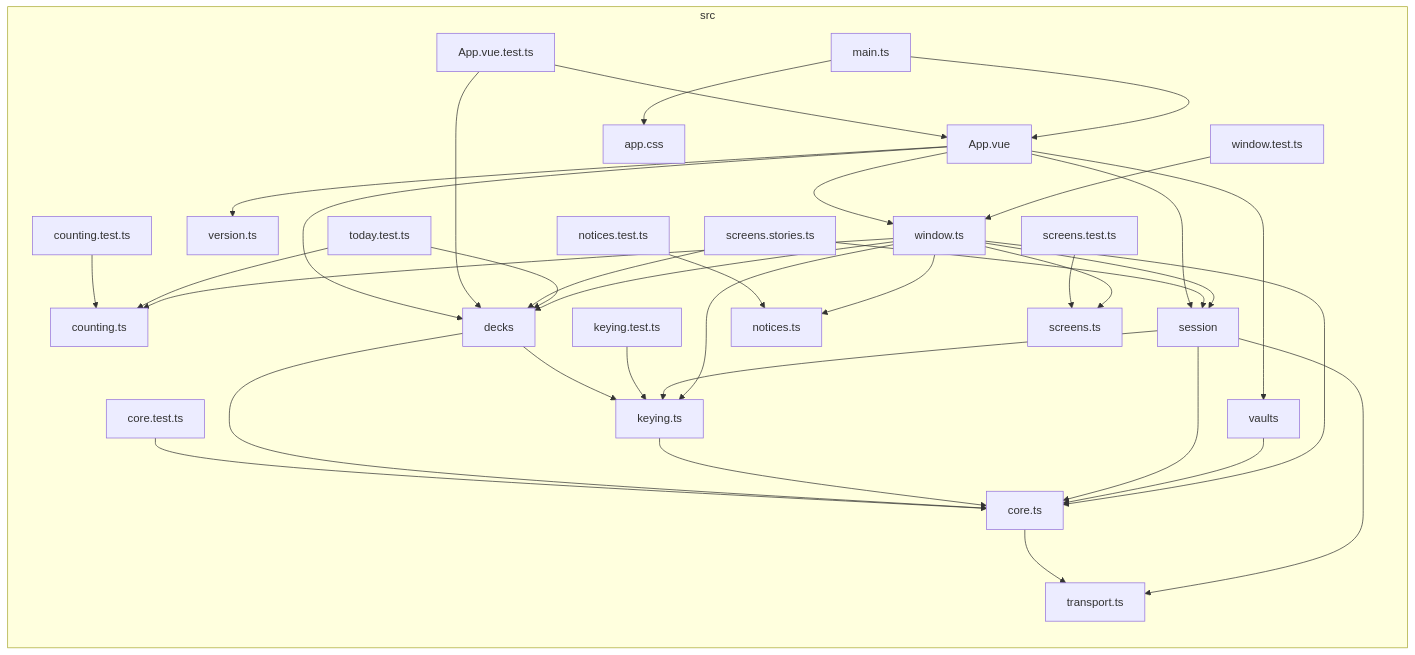
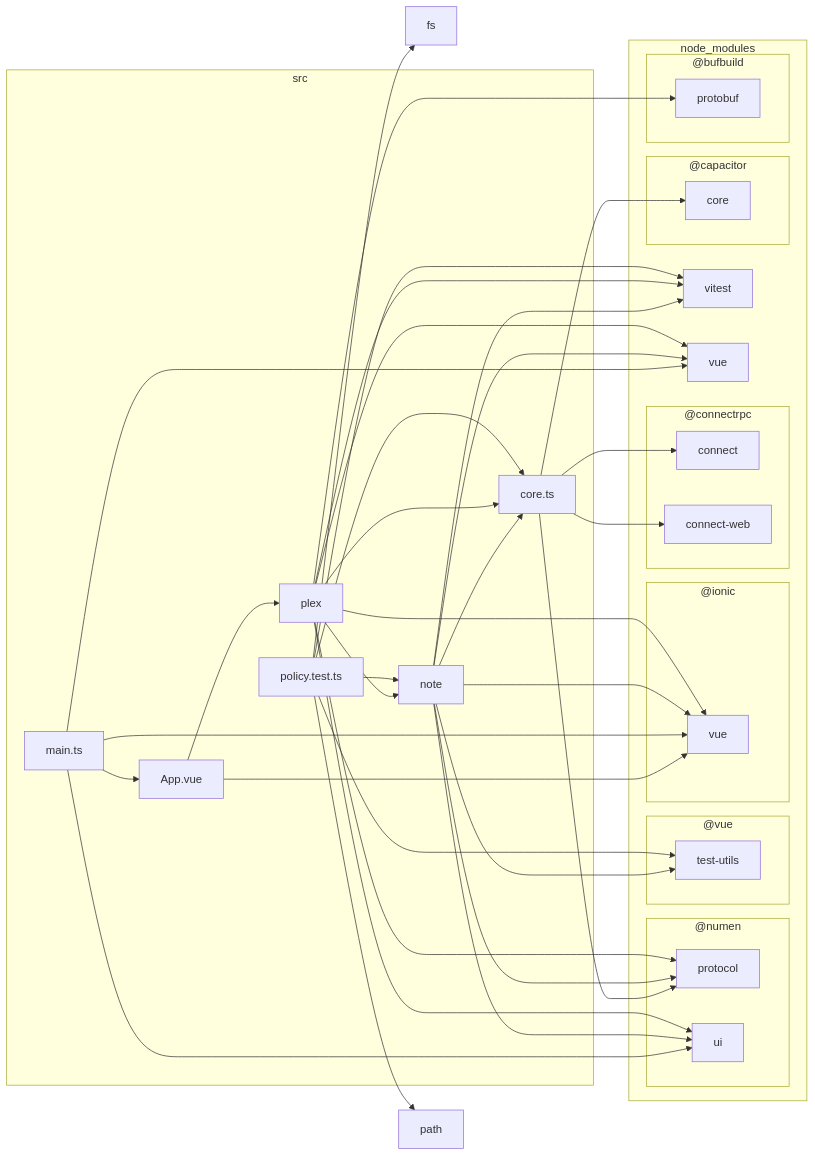
One commit to jiva-studio/numen changed the fifth of 5 diagrams in docs/dependencies.md. Above: the diagram before and after it, drawn with Mermaid. The commit also changed other lines of this file and 2 other files, not shown here.

````diff
--- a/docs/dependencies.md
+++ b/docs/dependencies.md
@@ -386,63 +921,69 @@
 ```mermaid
 flowchart LR
 
-subgraph 0["src"]
-1["App.vue"]
-2["App.vue.test.ts"]
-3["app.css"]
-4["core.test.ts"]
-5["core.ts"]
-6["counting.test.ts"]
-7["counting.ts"]
-8["decks"]
-9["keying.test.ts"]
-A["keying.ts"]
-B["main.ts"]
-C["notices.test.ts"]
-D["notices.ts"]
-E["screens.stories.ts"]
-F["screens.test.ts"]
-G["screens.ts"]
-H["session"]
-I["today.test.ts"]
-J["transport.ts"]
-K["vaults"]
-L["version.ts"]
-M["window.test.ts"]
-N["window.ts"]
+0["fs"]
+subgraph 1["node_modules"]
+subgraph 2["@bufbuild"]
+3["protobuf"]
 end
-1-->8
-1-->H
-1-->K
-1-->L
-1-->N
-2-->1
-2-->8
-4-->5
-5-->J
-6-->7
-8-->5
-8-->A
-9-->A
-A-->5
-B-->3
-B-->1
-C-->D
-E-->8
-E-->H
-F-->G
-H-->5
-H-->A
-H-->J
-I-->7
-I-->8
-K-->5
-M-->N
-N-->5
-N-->7
-N-->8
+subgraph 4["@capacitor"]
+5["core"]
+end
+subgraph 6["@connectrpc"]
+7["connect"]
+8["connect-web"]
+end
+subgraph 9["@ionic"]
+A["vue"]
+end
+subgraph B["@numen"]
+C["protocol"]
+D["ui"]
+end
+subgraph E["@vue"]
+F["test-utils"]
+end
+G["vitest"]
+H["vue"]
+end
+I["path"]
+subgraph J["src"]
+K["App.vue"]
+L["core.ts"]
+M["main.ts"]
+N["note"]
+O["plex"]
+P["policy.test.ts"]
+end
+K-->O
+K-->A
+L-->5
+L-->7
+L-->8
+L-->C
+M-->K
+M-->A
+M-->D
+M-->H
+N-->L
 N-->A
+N-->C
 N-->D
+N-->H
+N-->F
 N-->G
-N-->H
+O-->L
+O-->N
+O-->A
+O-->D
+O-->H
+O-->C
+O-->G
+O-->3
+P-->L
+P-->N
+P-->F
+P-->0
+P-->I
+P-->G
 ```
````
